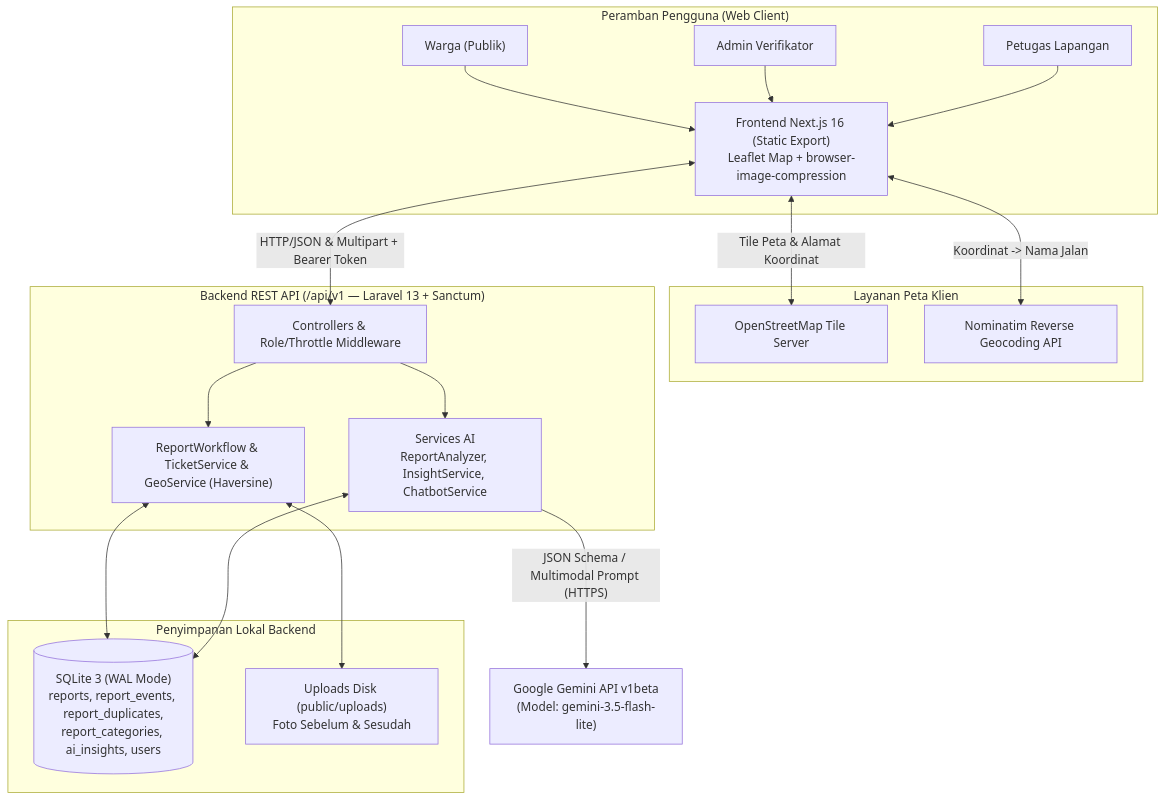
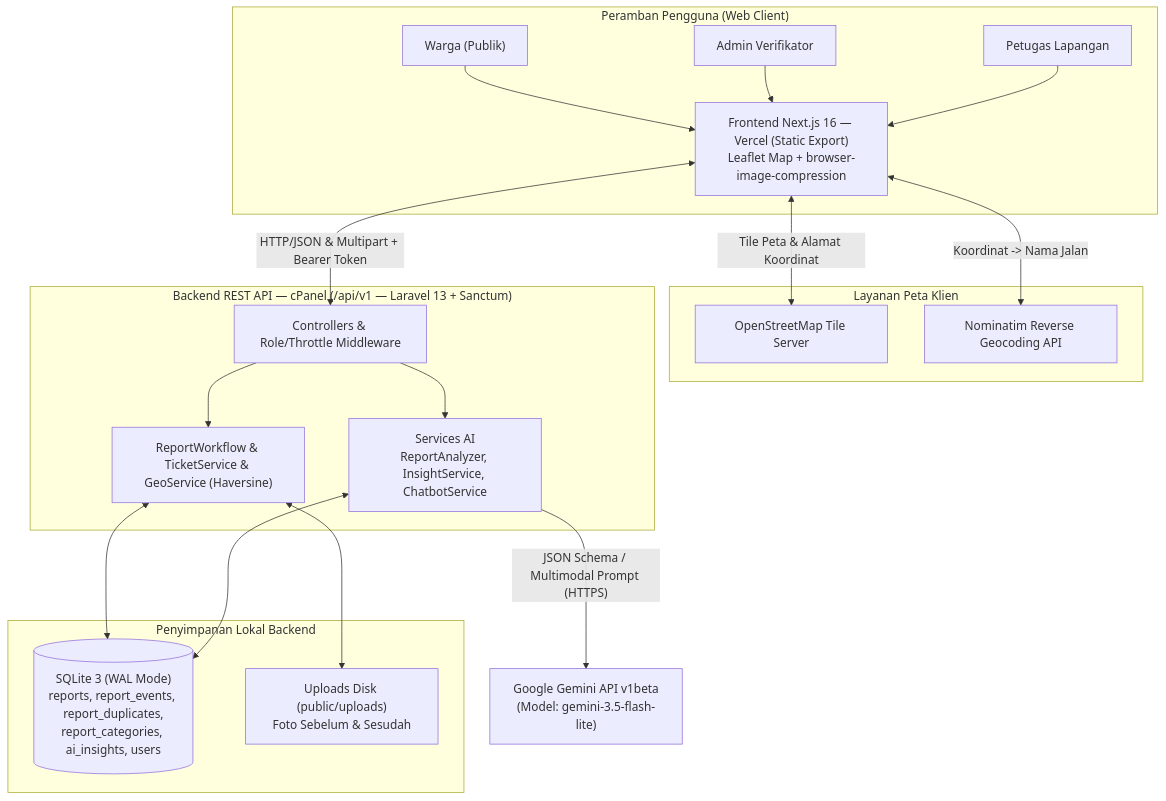
One commit to SasukeWN/KawalWarga changed the first of 2 diagrams in README.md. Above: the diagram before and after it, drawn with Mermaid. The commit also changed other lines of this file and 1 other file, not shown here.

````diff
--- a/README.md
+++ b/README.md
@@ -106,40 +108,40 @@
 ```mermaid
 flowchart TB
     subgraph Client["Peramban Pengguna (Web Client)"]
         W["Warga (Publik)"]
         A["Admin Verifikator"]
         P["Petugas Lapangan"]
-        FE["Frontend Next.js 16 (Static Export)<br/>Leaflet Map + browser-image-compression"]
+        FE["Frontend Next.js 16 — Vercel (Static Export)<br/>Leaflet Map + browser-image-compression"]
         W --> FE
         A --> FE
         P --> FE
     end
 
     subgraph ExternalFE["Layanan Peta Klien"]
         OSM["OpenStreetMap Tile Server"]
         NOM["Nominatim Reverse Geocoding API"]
     end
 
-    subgraph Backend["Backend REST API (/api/v1 — Laravel 13 + Sanctum)"]
+    subgraph Backend["Backend REST API — cPanel (/api/v1 — Laravel 13 + Sanctum)"]
         API["Controllers & Role/Throttle Middleware"]
         WF["ReportWorkflow & TicketService & GeoService (Haversine)"]
         AISVC["Services AI<br/>ReportAnalyzer, InsightService, ChatbotService"]
         API --> WF
         API --> AISVC
     end
 
     subgraph Storage["Penyimpanan Lokal Backend"]
         DB[("SQLite 3 (WAL Mode)<br/>reports, report_events, report_duplicates,<br/>report_categories, ai_insights, users")]
         DISK["Uploads Disk (public/uploads)<br/>Foto Sebelum & Sesudah"]
     end
 
     GEMINI["Google Gemini API v1beta<br/>(Model: gemini-3.5-flash-lite)"]
 
     FE <-->|"HTTP/JSON & Multipart + Bearer Token"| API
     FE <-->|"Tile Peta & Alamat Koordinat"| OSM
     FE <-->|"Koordinat -> Nama Jalan"| NOM
     WF <--> DB
     WF <--> DISK
     AISVC <--> DB
     AISVC -->|"JSON Schema / Multimodal Prompt (HTTPS)"| GEMINI
 ```
````
